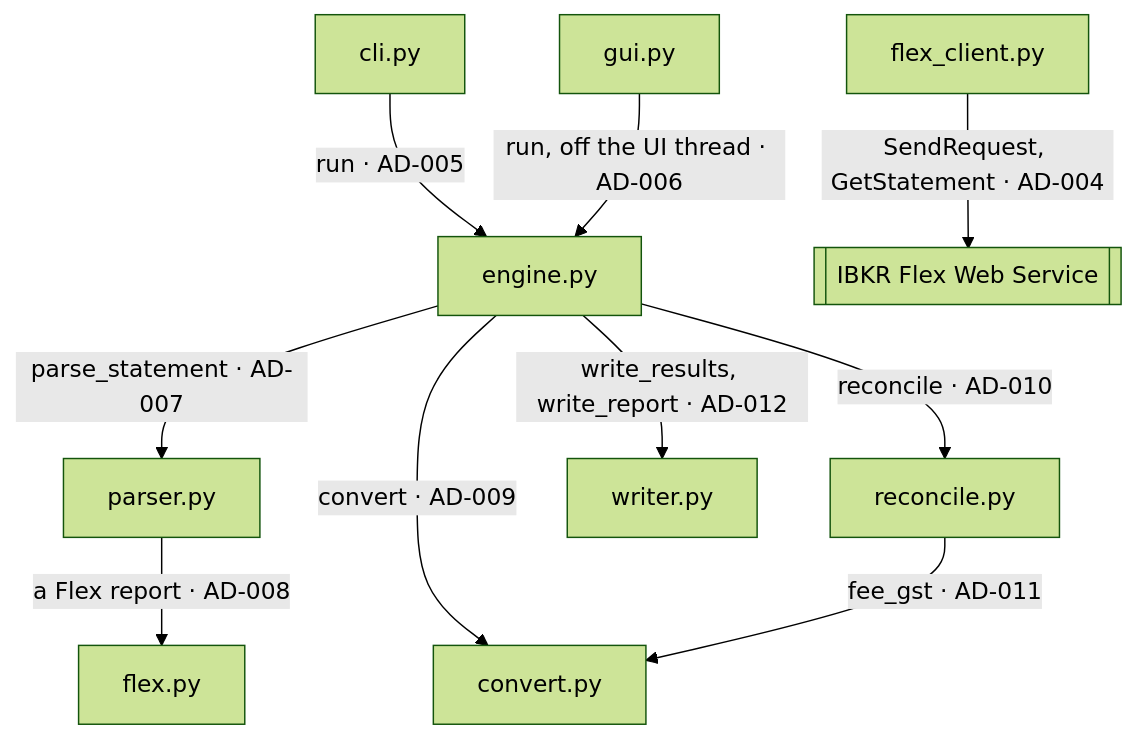
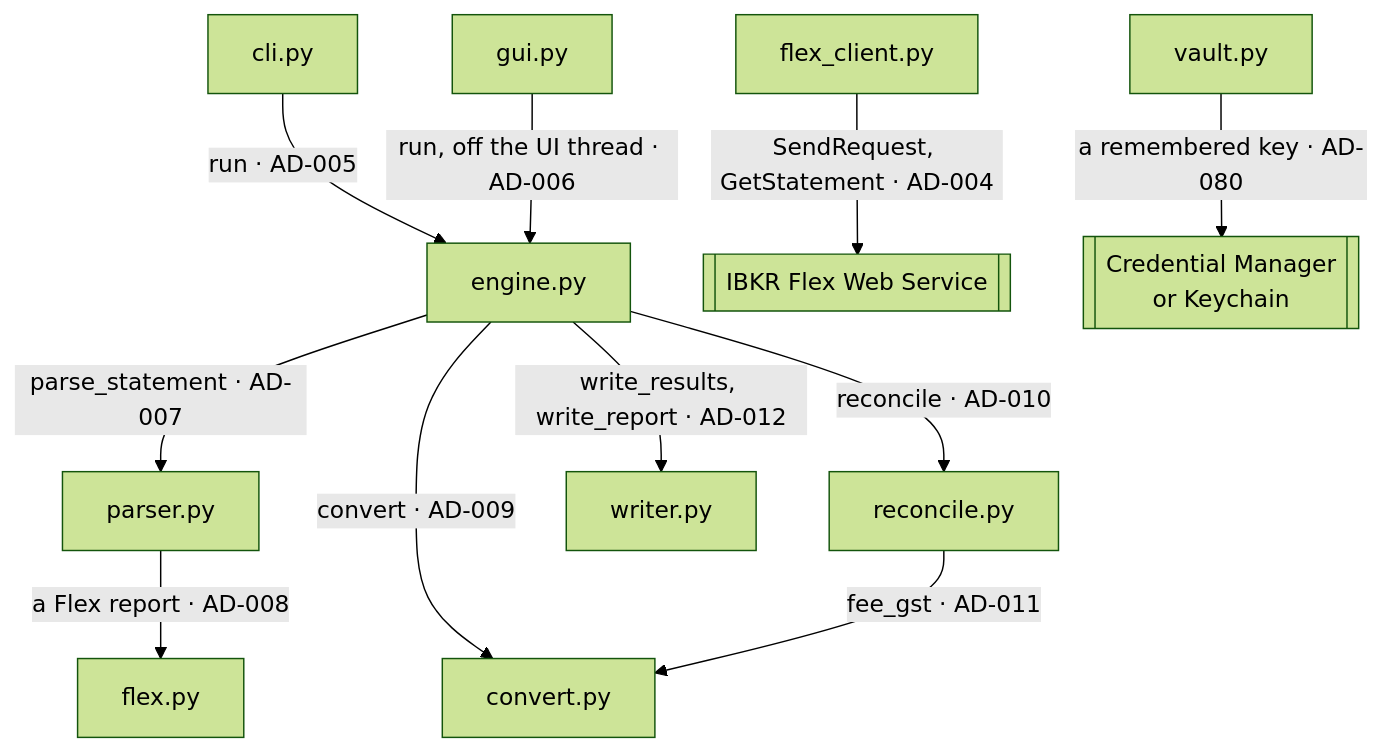
Before and after one commit to skoulik/IBKR-to-Xero: the second of 2 diagrams in ARCHITECTURE.md, drawn with Mermaid (forest theme). The commit also changed other lines of this file and 3 other files, not shown here.

First line of the commit message:
Add the vault: the store's keys, sealed files, the remembered key

````diff
--- a/ARCHITECTURE.md
+++ b/ARCHITECTURE.md
@@ -77,23 +81,26 @@
 ```mermaid
 flowchart TD
     cli["cli.py"]
     gui["gui.py"]
     engine["engine.py"]
     parser["parser.py"]
     flex["flex.py"]
     convert["convert.py"]
     reconcile["reconcile.py"]
     writer["writer.py"]
     client["flex_client.py"]
+    vault["vault.py"]
     ibkr[["IBKR Flex Web Service"]]
+    creds[["Credential Manager<br/>or Keychain"]]
 
     cli -->|run · AD-005| engine
     gui -->|run, off the UI thread · AD-006| engine
     engine -->|parse_statement · AD-007| parser
     parser -->|a Flex report · AD-008| flex
     engine -->|convert · AD-009| convert
     engine -->|reconcile · AD-010| reconcile
     reconcile -->|fee_gst · AD-011| convert
     engine -->|write_results, write_report · AD-012| writer
     client -->|SendRequest, GetStatement · AD-004| ibkr
+    vault -->|a remembered key · AD-080| creds
 ```
````
